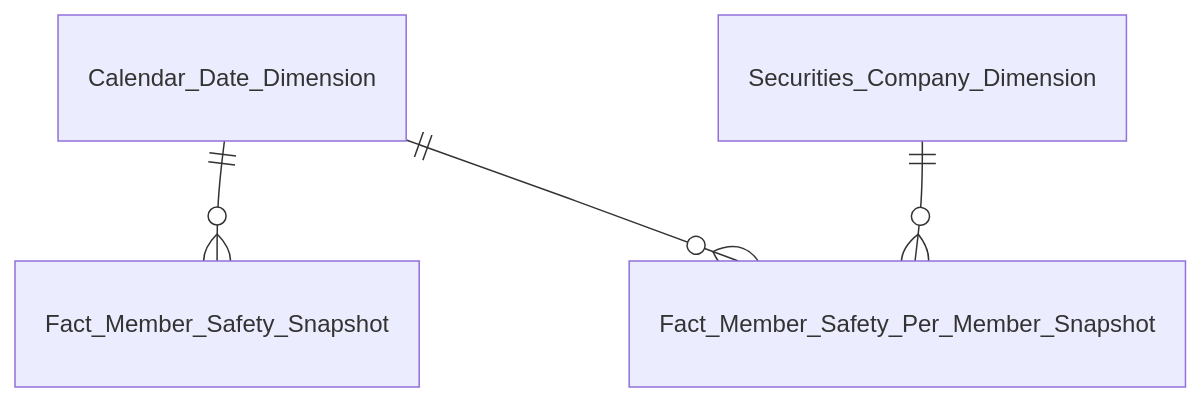
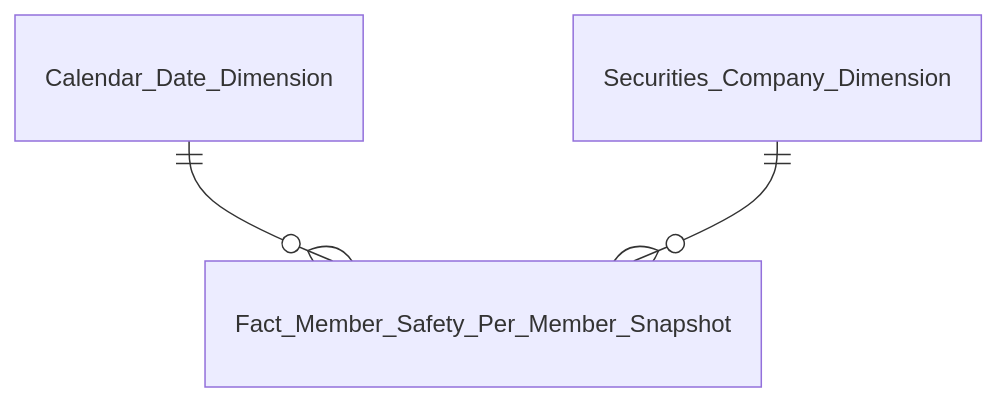
One commit to linhlvit/ubck_atomic_design changed the sixth of 9 diagrams in Datamart/hld/DTM_PTTT_Entities.md. Above: the diagram before and after it, drawn with Mermaid. The commit also changed other lines of this file and 60 other files, not shown here.

````diff
--- a/Datamart/hld/DTM_PTTT_Entities.md
+++ b/Datamart/hld/DTM_PTTT_Entities.md
@@ -113,6 +113,5 @@
 ```mermaid
 erDiagram
-    Calendar_Date_Dimension ||--o{ Fact_Member_Safety_Snapshot : " "
     Calendar_Date_Dimension ||--o{ Fact_Member_Safety_Per_Member_Snapshot : " "
     Securities_Company_Dimension ||--o{ Fact_Member_Safety_Per_Member_Snapshot : " "
 ```
````
